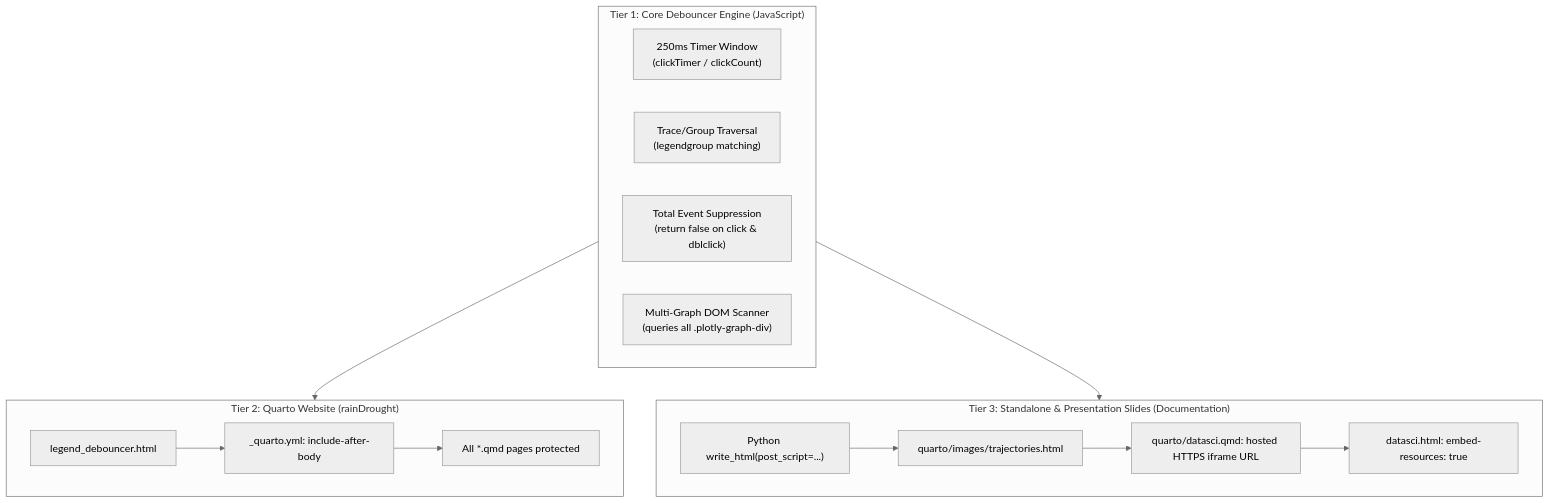
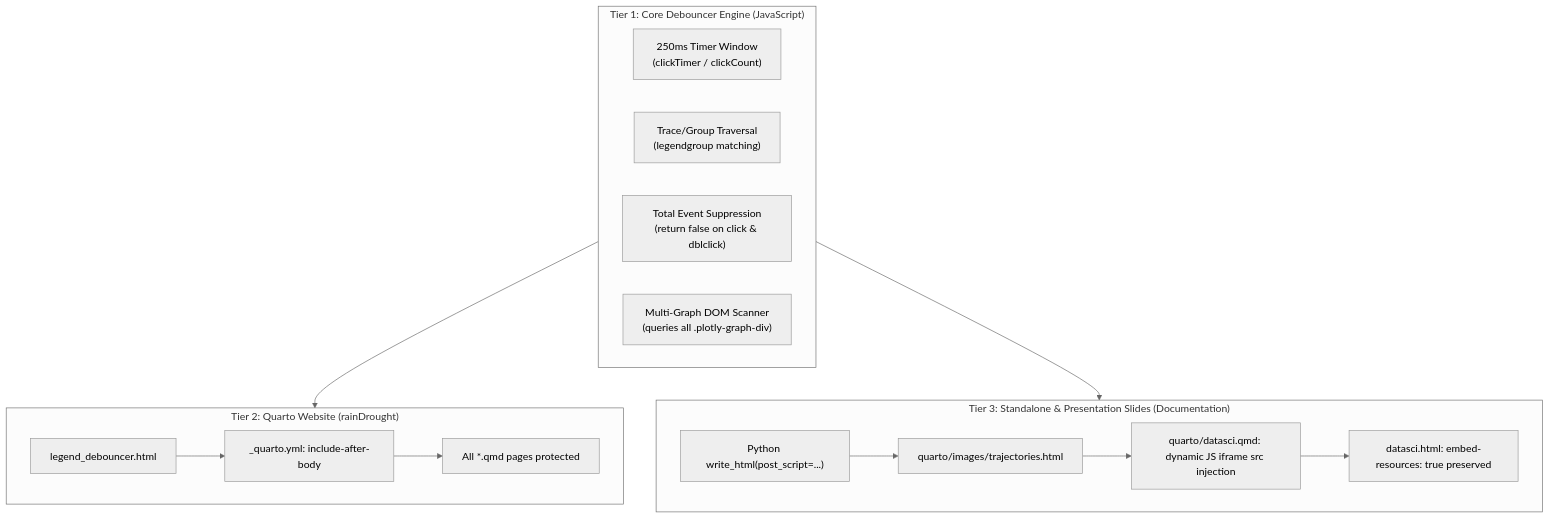
The third of 3 diagrams in prompts/debouncer.md (byandell/Documentation), drawn with Mermaid (neutral theme) before and after one commit. The commit also changed other lines of this file and 2 other files, not shown here.

Commit message:
fix debouncer issue in datasci.qmd

````diff
--- a/prompts/debouncer.md
+++ b/prompts/debouncer.md
@@ -84,27 +84,27 @@
 ```mermaid
 flowchart TD
     subgraph Engine["Tier 1: Core Debouncer Engine (JavaScript)"]
         D1["250ms Timer Window<br/>(clickTimer / clickCount)"]
         D2["Trace/Group Traversal<br/>(legendgroup matching)"]
         D3["Total Event Suppression<br/>(return false on click & dblclick)"]
         D4["Multi-Graph DOM Scanner<br/>(queries all .plotly-graph-div)"]
     end
 
     subgraph QuartoWeb["Tier 2: Quarto Website (rainDrought)"]
         Q1["legend_debouncer.html"]
         Q2["_quarto.yml: include-after-body"]
         Q3["All *.qmd pages protected"]
         Q1 --> Q2 --> Q3
     end
 
     subgraph Exports["Tier 3: Standalone & Presentation Slides (Documentation)"]
         S1["Python write_html(post_script=...)"]
         S2["quarto/images/trajectories.html"]
-        S3["quarto/datasci.qmd: hosted HTTPS iframe URL"]
-        S4["datasci.html: embed-resources: true"]
+        S3["quarto/datasci.qmd: dynamic JS iframe src injection"]
+        S4["datasci.html: embed-resources: true preserved"]
         S1 --> S2 --> S3 --> S4
     end
 
     Engine --> QuartoWeb
     Engine --> Exports
 ```
````
